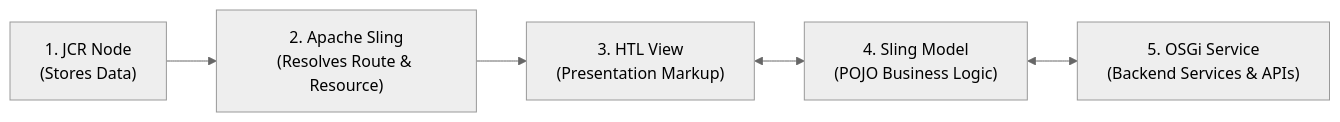
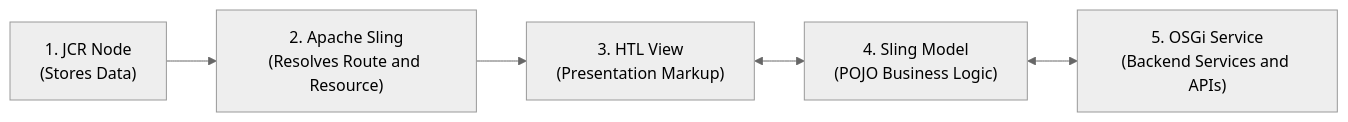
One commit to AyushShuklaAxeno/AEM-Notes- changed the third of 3 diagrams in Notes/Module-2(Core-Architecture).md. Above: the diagram before and after it, drawn with Mermaid (neutral theme). The commit also changed 1 other file, not shown here.

Commit message:
adjust render

````diff
--- a/Notes/Module-2(Core-Architecture).md
+++ b/Notes/Module-2(Core-Architecture).md
@@ -669,7 +669,7 @@
 ```mermaid
 flowchart LR
-    A["1. JCR Node<br/>(Stores Data)"] --> B["2. Apache Sling<br/>(Resolves Route & Resource)"]
+    A["1. JCR Node<br/>(Stores Data)"] --> B["2. Apache Sling<br/>(Resolves Route and Resource)"]
     B --> C["3. HTL View<br/>(Presentation Markup)"]
     C <--> D["4. Sling Model<br/>(POJO Business Logic)"]
-    D <--> E["5. OSGi Service<br/>(Backend Services & APIs)"]
+    D <--> E["5. OSGi Service<br/>(Backend Services and APIs)"]
 ```
````
